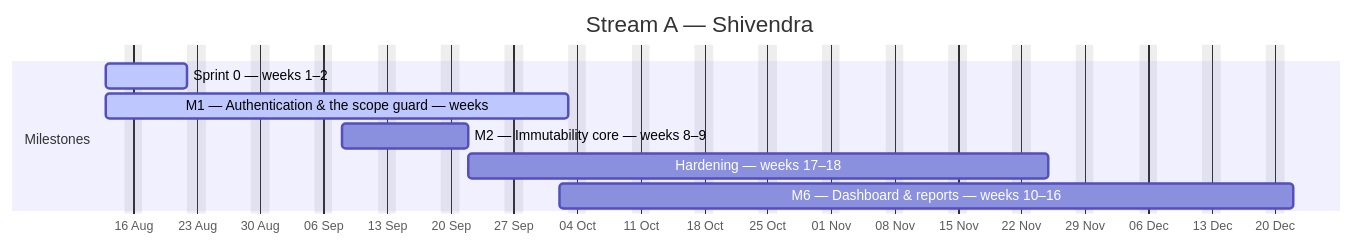
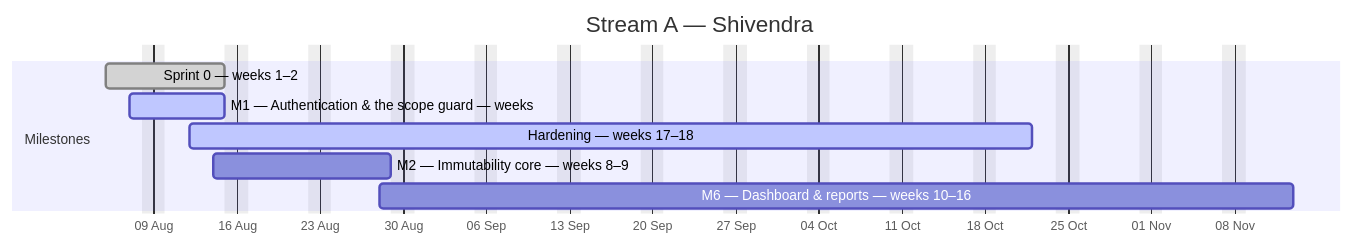
One commit to debashisedunext/EduTrack changed the first of 4 diagrams in docs/plan/GANTT.md. Above: the diagram before and after it, drawn with Mermaid. The commit also changed other lines of this file and 3 other files, not shown here.

````diff
--- a/docs/plan/GANTT.md
+++ b/docs/plan/GANTT.md
@@ -140,13 +123,13 @@
 ```mermaid
 gantt
     dateFormat YYYY-MM-DD
     axisFormat %d %b
     title Stream A — Shivendra
     excludes weekends
     section Milestones
-    Sprint 0 — weeks 1–2 :active, a0, 2026-08-13, 7d
-    M1 — Authentication & the scope guard — weeks :active, a1, 2026-08-13, 37d
-    M2 — Immutability core — weeks 8–9 :a2, 2026-09-08, 10d
-    Hardening — weeks 17–18 :a3, 2026-09-22, 46d
-    M6 — Dashboard & reports — weeks 10–16 :a4, 2026-10-02, 57d
+    Sprint 0 — weeks 1–2 :done, a0, 2026-08-05, 8d
+    M1 — Authentication & the scope guard — weeks :active, a1, 2026-08-07, 6d
+    Hardening — weeks 17–18 :active, a2, 2026-08-12, 51d
+    M2 — Immutability core — weeks 8–9 :a3, 2026-08-14, 11d
+    M6 — Dashboard & reports — weeks 10–16 :a4, 2026-08-28, 55d
 ```
````
